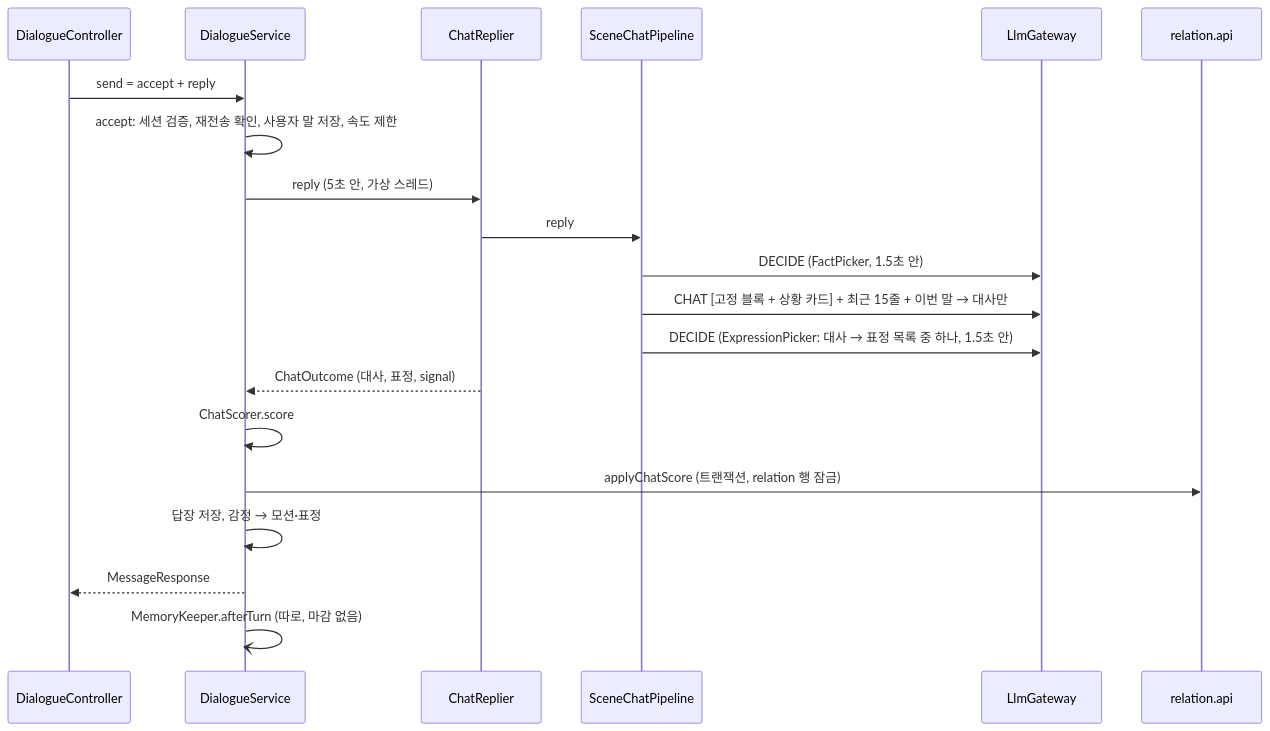
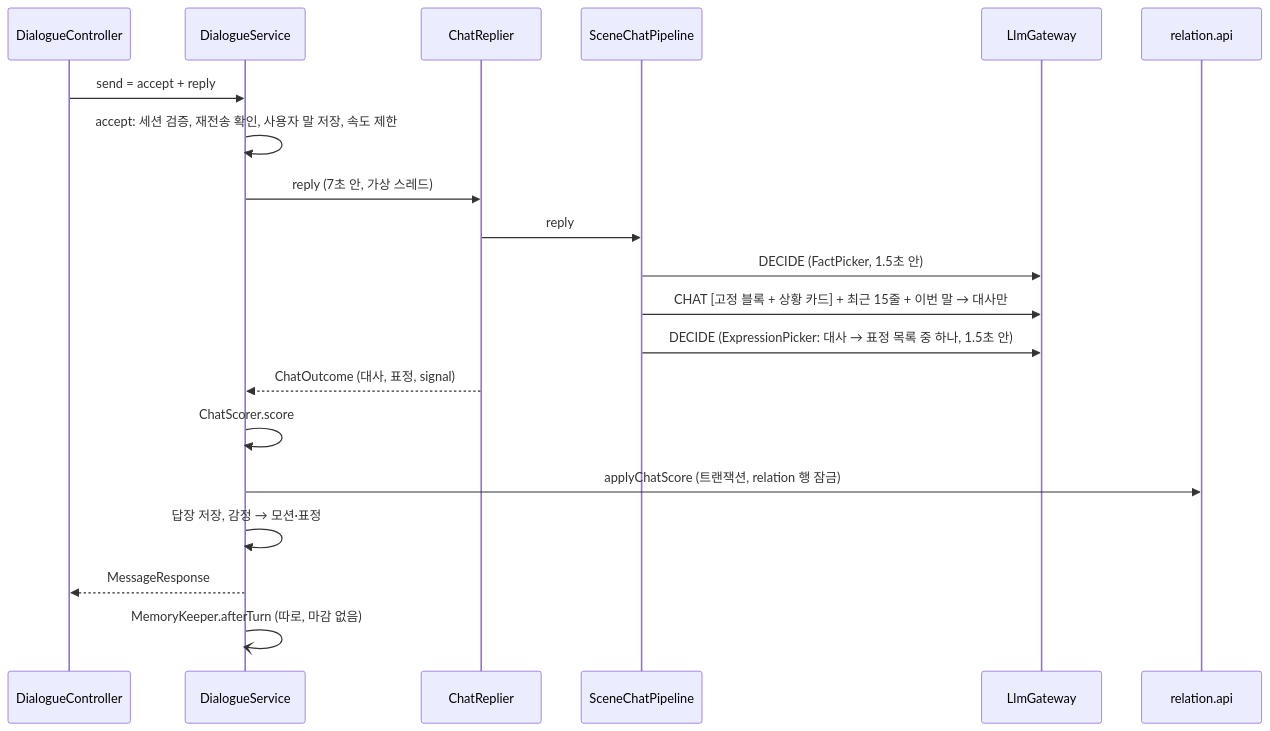
Before and after one commit to LIKELION-CAPSULE/Backend_lab: the second of 3 diagrams in docs/ARCHITECTURE.md, drawn with Mermaid. The commit also changed other lines of this file and 40 other files, not shown here.

````diff
--- a/docs/ARCHITECTURE.md
+++ b/docs/ARCHITECTURE.md
@@ -265,22 +266,22 @@
 ```mermaid
 sequenceDiagram
   participant C as DialogueController
   participant S as DialogueService
   participant R as ChatReplier
   participant P as SceneChatPipeline
   participant G as LlmGateway
   participant Rel as relation.api
   C->>S: send = accept + reply
   S->>S: accept: 세션 검증, 재전송 확인, 사용자 말 저장, 속도 제한
-  S->>R: reply (5초 안, 가상 스레드)
+  S->>R: reply (7초 안, 가상 스레드)
   R->>P: reply
   P->>G: DECIDE (FactPicker, 1.5초 안)
   P->>G: CHAT [고정 블록 + 상황 카드] + 최근 15줄 + 이번 말 → 대사만
   P->>G: DECIDE (ExpressionPicker: 대사 → 표정 목록 중 하나, 1.5초 안)
   R-->>S: ChatOutcome (대사, 표정, signal)
   S->>S: ChatScorer.score
   S->>Rel: applyChatScore (트랜잭션, relation 행 잠금)
   S->>S: 답장 저장, 감정 → 모션·표정
   S-->>C: MessageResponse
   S-)S: MemoryKeeper.afterTurn (따로, 마감 없음)
 ```
````
